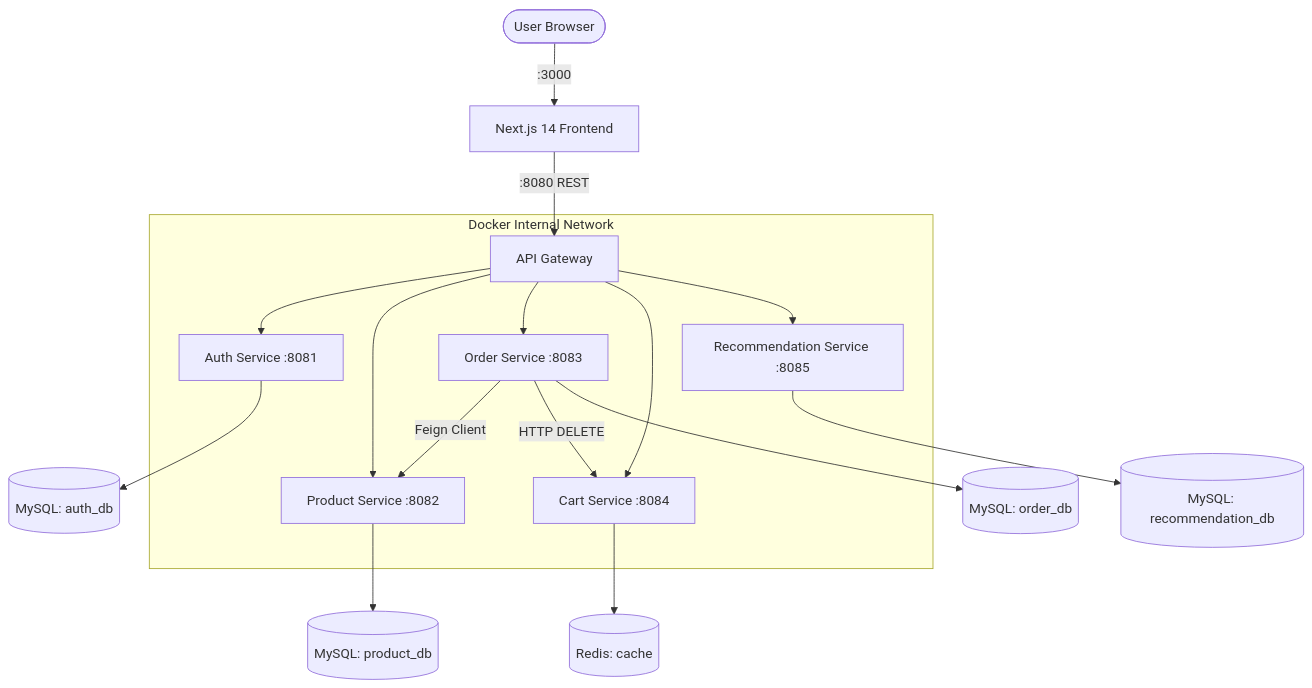
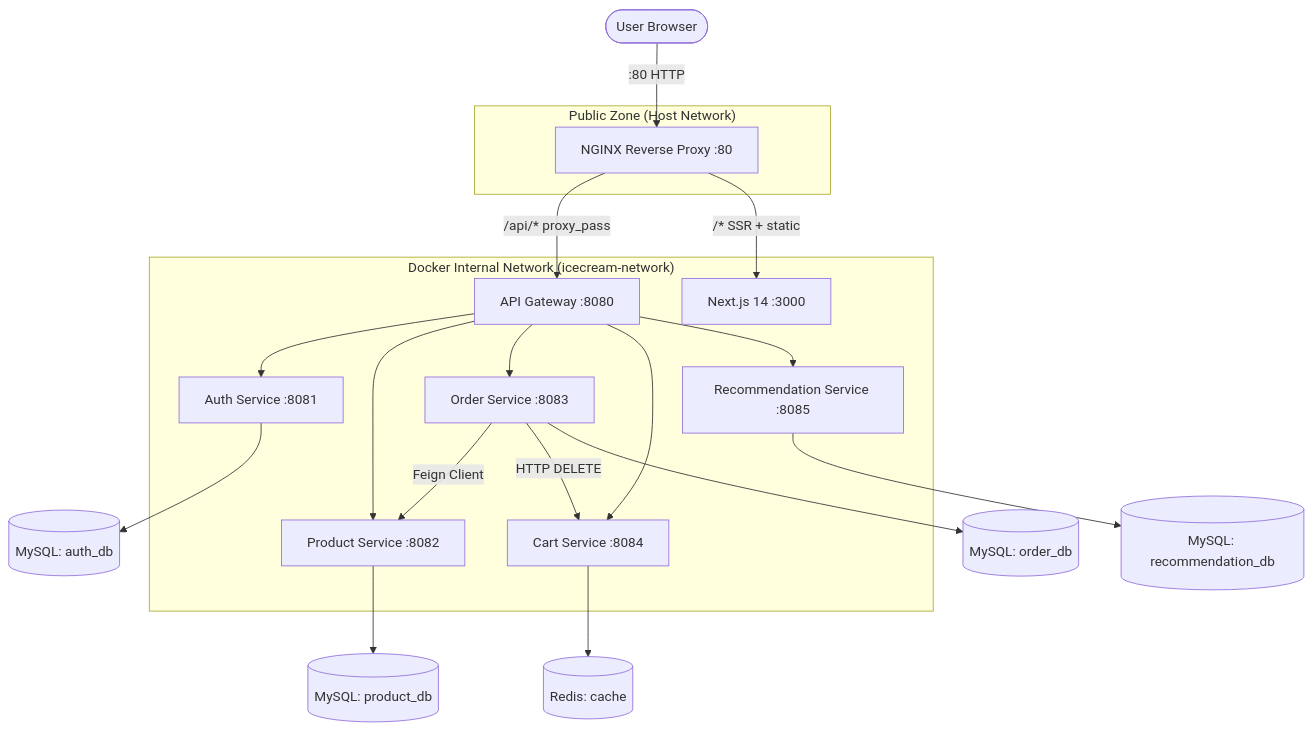
One commit to AkhilMylaram/IceCream-Hub changed the diagram in architecture.md. Above: the diagram before and after it, drawn with Mermaid. The commit also changed other lines of this file and 9 other files, not shown here.

````diff
--- a/architecture.md
+++ b/architecture.md
@@ -11,22 +11,28 @@
 ```mermaid
 graph TD
-    User([User Browser]) -->|:3000| Frontend[Next.js 14 Frontend]
-    Frontend -->|:8080 REST| Gateway[API Gateway]
-    
-    subgraph Microservices_Network ["Docker Internal Network"]
+    User([User Browser]) -->|:80 HTTP| NGINX[NGINX Reverse Proxy :80]
+
+    subgraph Public_Zone ["Public Zone (Host Network)"]
+        NGINX
+    end
+
+    subgraph Docker_Network ["Docker Internal Network (icecream-network)"]
+        NGINX -->|/api/* proxy_pass| Gateway[API Gateway :8080]
+        NGINX -->|/* SSR + static| Frontend[Next.js 14 :3000]
+
         Gateway --> Auth[Auth Service :8081]
         Gateway --> Product[Product Service :8082]
         Gateway --> Order[Order Service :8083]
         Gateway --> Cart[Cart Service :8084]
         Gateway --> Rec[Recommendation Service :8085]
-        
+
         Order -->|Feign Client| Product
         Order -->|HTTP DELETE| Cart
     end
-    
+
     Auth --> AuthDB[(MySQL: auth_db)]
     Product --> ProductDB[(MySQL: product_db)]
     Order --> OrderDB[(MySQL: order_db)]
     Cart --> CartCache[(Redis: cache)]
     Rec --> RecDB[(MySQL: recommendation_db)]
 ```
````
